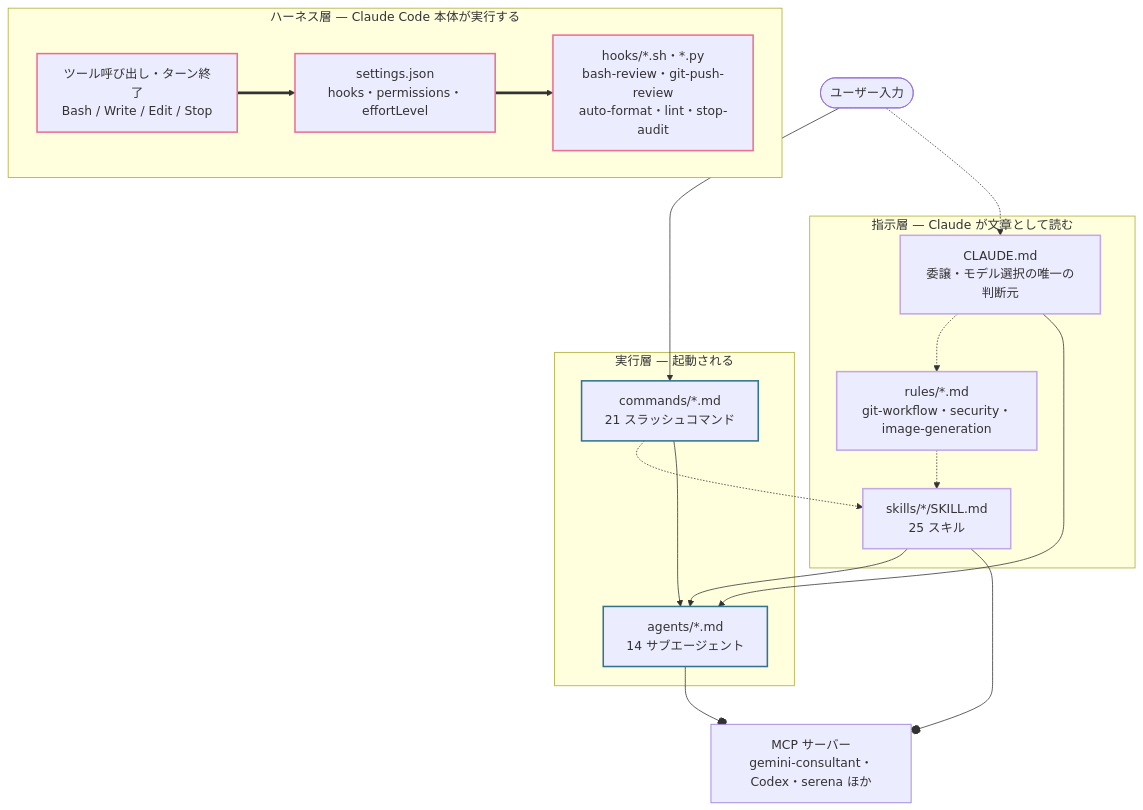
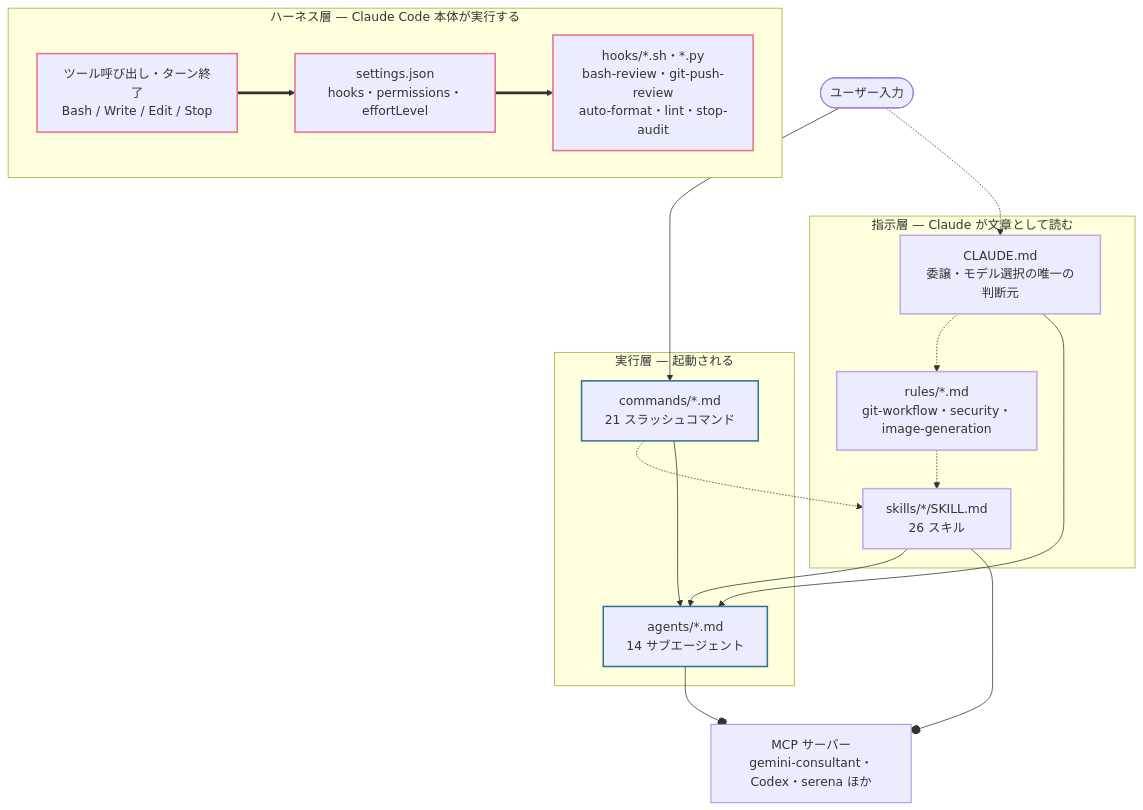
The first of 4 diagrams in docs/claude-architecture.md (sardonyx0827/dotfiles), drawn with Mermaid before and after one commit. The commit also changed other lines of this file and 20 other files, not shown here.

````diff
--- a/docs/claude-architecture.md
+++ b/docs/claude-architecture.md
@@ -45,43 +45,43 @@
 ```mermaid
 flowchart TB
     U(["ユーザー入力"])
 
     subgraph HARNESS["ハーネス層 — Claude Code 本体が実行する"]
         TOOL["ツール呼び出し・ターン終了<br/>Bash / Write / Edit / Stop"]
         SET["settings.json<br/>hooks・permissions・effortLevel"]
         HOOK["hooks/*.sh・*.py<br/>bash-review・git-push-review<br/>auto-format・lint・stop-audit"]
     end
 
     subgraph CONTEXT["指示層 — Claude が文章として読む"]
         CM["CLAUDE.md<br/>委譲・モデル選択の唯一の判断元"]
         RULE["rules/*.md<br/>git-workflow・security・image-generation"]
-        SKILL["skills/*/SKILL.md<br/>25 スキル"]
+        SKILL["skills/*/SKILL.md<br/>26 スキル"]
     end
 
     subgraph ACTOR["実行層 — 起動される"]
         CMD["commands/*.md<br/>21 スラッシュコマンド"]
         AGENT["agents/*.md<br/>14 サブエージェント"]
     end
 
     MCP["MCP サーバー<br/>gemini-consultant・Codex・serena ほか"]
 
     U --> CMD
     U -.-> CM
     CM -.-> RULE
     RULE -.-> SKILL
     CMD -.-> SKILL
     CM --> AGENT
     CMD --> AGENT
     SKILL --> AGENT
     SKILL --o MCP
     AGENT --o MCP
     TOOL ==> SET
     SET ==> HOOK
 
     classDef harness stroke:#eb6f92,stroke-width:2px
     classDef context stroke:#c4a7e7,stroke-width:2px
     classDef actor stroke:#31748f,stroke-width:2px
     class TOOL,SET,HOOK harness
     class CM,RULE,SKILL context
     class CMD,AGENT actor
 ```
````
